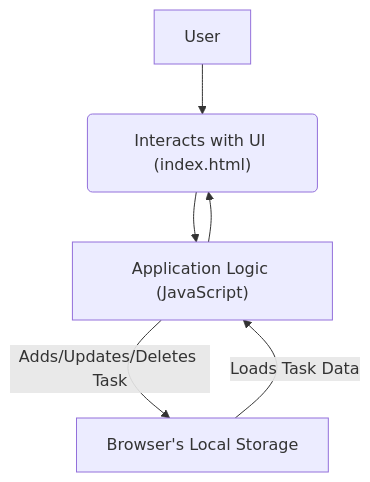
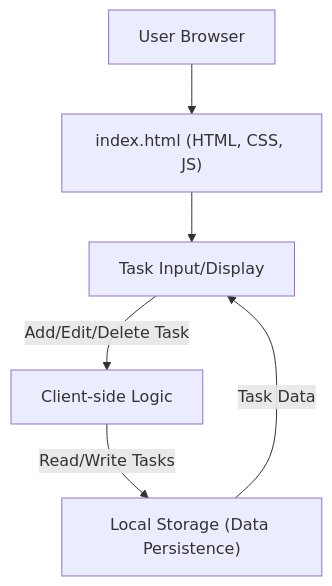
Before and after one commit to grewal16/to-do: the diagram in README.md, drawn with Mermaid. The commit also changed other lines of this file, not shown here.

````diff
--- a/README.md
+++ b/README.md
@@ -43,8 +30,8 @@
 ```mermaid
 graph TD
-    A["User"] --> B("Interacts with UI (index.html)");
-    B --> C["Application Logic (JavaScript)"];
-    C -- "Adds/Updates/Deletes Task" --> D["Browser's Local Storage"];
-    D -- "Loads Task Data" --> C;
-    C --> B;
+    A["User Browser"] --> B["index.html (HTML, CSS, JS)"];
+    B --> C["Task Input/Display"];
+    C -- "Add/Edit/Delete Task" --> D["Client-side Logic"];
+    D -- "Read/Write Tasks" --> E["Local Storage (Data Persistence)"];
+    E -- "Task Data" --> C;
 ```
````
